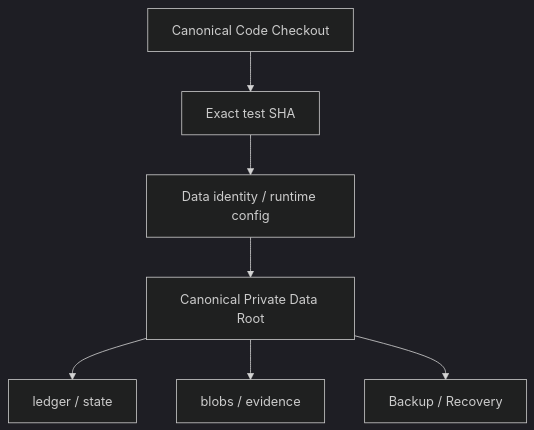
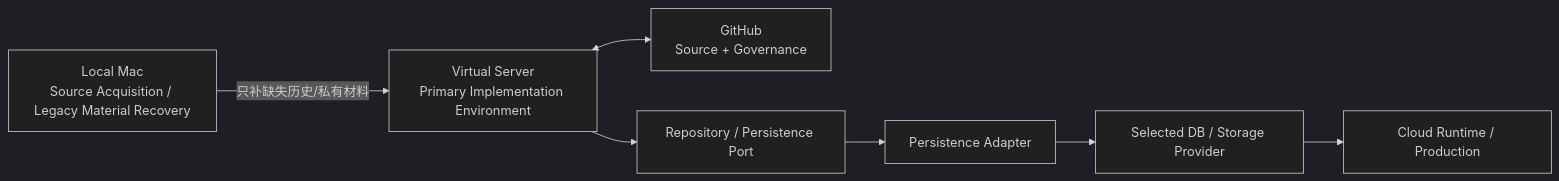
One commit to EOMZON/nutrition-ledger-mvp changed the third of 3 diagrams in docs/architecture/2026-09-18-nutrition-current-vs-ideal-architecture.md. Above: the diagram before and after it, drawn with Mermaid (dark theme). The commit also changed other lines of this file, not shown here.

Commit message:
docs(nutrition): clarify virtual-server architecture and persistence boundary

````diff
--- a/docs/architecture/2026-09-18-nutrition-current-vs-ideal-architecture.md
+++ b/docs/architecture/2026-09-18-nutrition-current-vs-ideal-architecture.md
@@ -244,17 +182,17 @@
 ```mermaid
-flowchart TD
-    Code["Canonical Code Checkout"]
-    Target["Exact test SHA"]
-    Env["Data identity / runtime config"]
-    Data["Canonical Private Data Root"]
-    Ledger["ledger / state"]
-    Blob["blobs / evidence"]
-    Backup["Backup / Recovery"]
+flowchart LR
+    Mac["Local Mac<br/>Source Acquisition / Legacy Material Recovery"]
+    VM["Virtual Server<br/>Primary Implementation Environment"]
+    GH["GitHub<br/>Source + Governance"]
+    Port["Repository / Persistence Port"]
+    Adapter["Persistence Adapter"]
+    Provider["Selected DB / Storage Provider"]
+    Runtime["Cloud Runtime / Production"]
 
-    Code --> Target
-    Target --> Env
-    Env --> Data
-    Data --> Ledger
-    Data --> Blob
-    Data --> Backup
+    Mac -->|"只补缺失历史/私有材料"| VM
+    VM <--> GH
+    VM --> Port
+    Port --> Adapter
+    Adapter --> Provider
+    Provider --> Runtime
 ```
````
